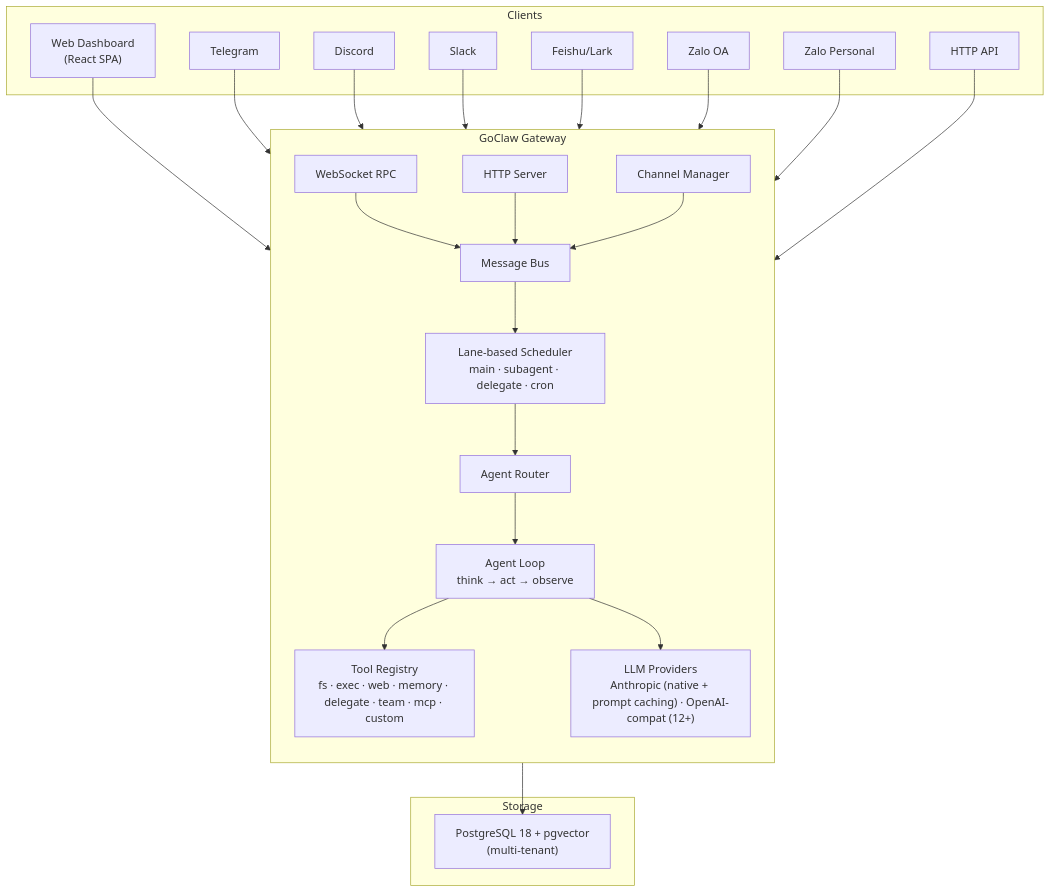
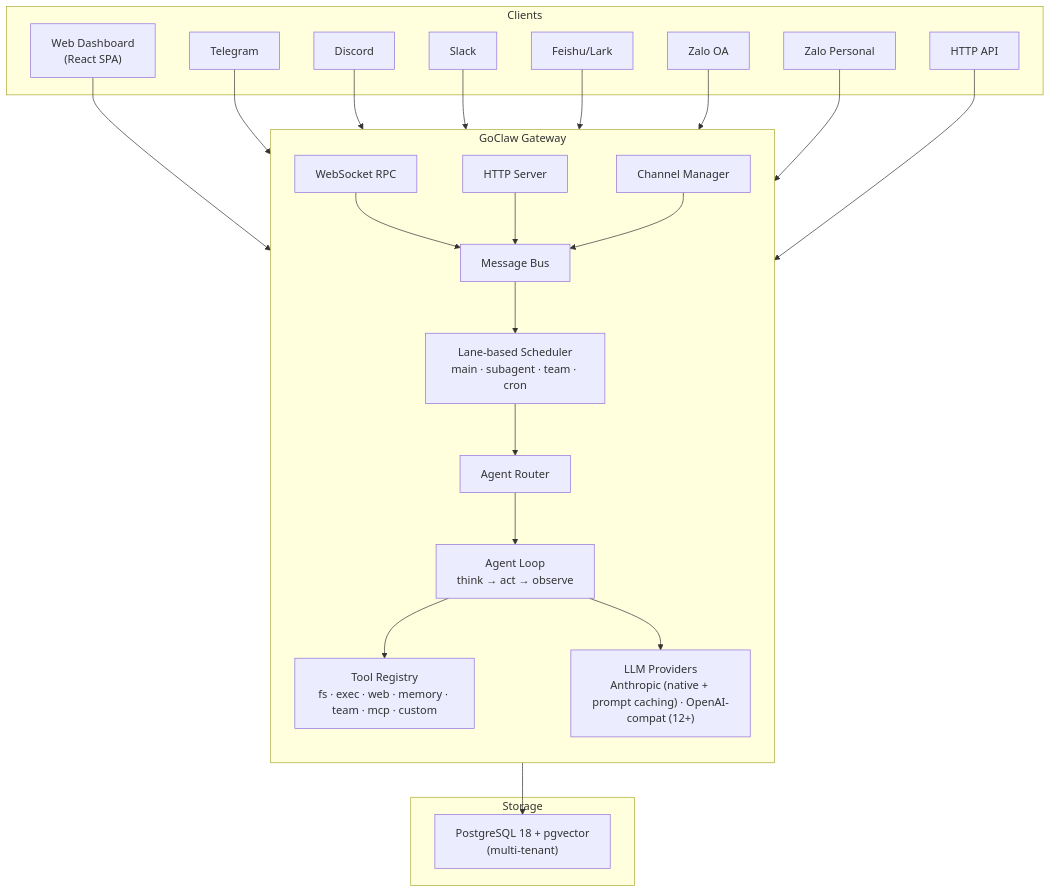
The first of 3 diagrams in README.md (qkhalk/goclaw), drawn with Mermaid before and after one commit. The commit also changed other lines of this file and 5 other files, not shown here.

First line of the commit message:
docs: update references for delegate→team/teammate rename

````diff
--- a/README.md
+++ b/README.md
@@ -60,33 +60,33 @@
 ```mermaid
 graph TB
     subgraph Clients
         WEB["Web Dashboard<br/>(React SPA)"]
         TG["Telegram"]
         DC["Discord"]
         SL["Slack"]
         FS["Feishu/Lark"]
         ZL["Zalo OA"]
         ZLP["Zalo Personal"]
         API["HTTP API"]
     end
 
     subgraph Gateway["GoClaw Gateway"]
         direction TB
         WS["WebSocket RPC"] & REST["HTTP Server"] & CM["Channel Manager"]
         WS & REST & CM --> BUS["Message Bus"]
-        BUS --> SCHED["Lane-based Scheduler<br/>main · subagent · delegate · cron"]
+        BUS --> SCHED["Lane-based Scheduler<br/>main · subagent · team · cron"]
         SCHED --> ROUTER["Agent Router"]
         ROUTER --> LOOP["Agent Loop<br/>think → act → observe"]
-        LOOP --> TOOLS["Tool Registry<br/>fs · exec · web · memory · delegate · team · mcp · custom"]
+        LOOP --> TOOLS["Tool Registry<br/>fs · exec · web · memory · team · mcp · custom"]
         LOOP --> LLM["LLM Providers<br/>Anthropic (native + prompt caching) · OpenAI-compat (12+)"]
     end
 
     subgraph Storage
         PG["PostgreSQL 18 + pgvector<br/>(multi-tenant)"]
     end
 
     WEB --> WS
     TG & DC & SL & FS & ZL & ZLP --> CM
     API --> REST
     LOOP --> PG
 ```
````
